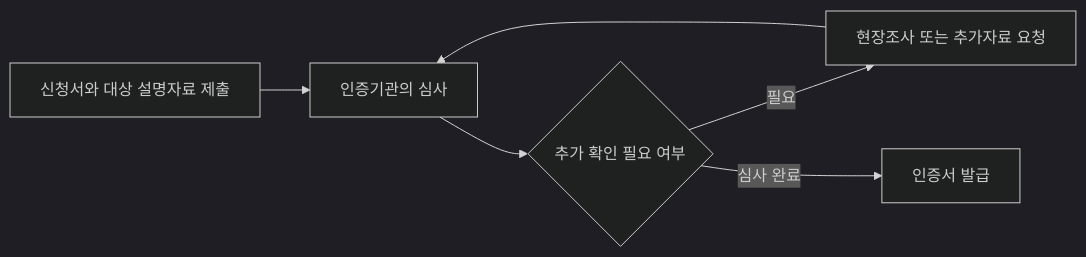
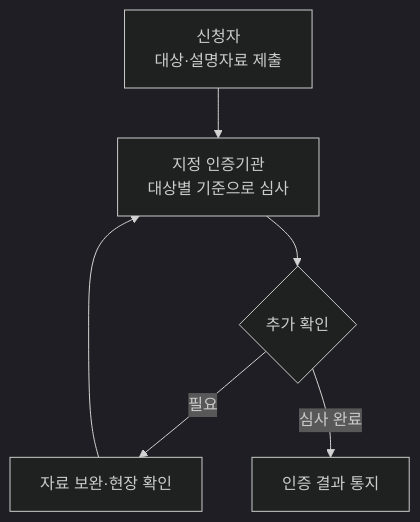
One commit to agnusdei1207/study changed the third of 4 diagrams in src/content/docs/notes/itpe/03-data/150_data_quality_certification_guideline.md. Above: the diagram before and after it, drawn with Mermaid (dark theme). The commit also changed other lines of this file, not shown here.

````diff
--- a/src/content/docs/notes/itpe/03-data/150_data_quality_certification_guideline.md
+++ b/src/content/docs/notes/itpe/03-data/150_data_quality_certification_guideline.md
@@ -147,8 +112,8 @@
 ```mermaid
-flowchart LR
-    A[신청서와 대상 설명자료 제출] --> B[인증기관의 심사]
-    B --> C{추가 확인 필요 여부}
-    C -->|필요| D[현장조사 또는 추가자료 요청]
+flowchart TB
+    A[신청자<br/>대상·설명자료 제출] --> B[지정 인증기관<br/>대상별 기준으로 심사]
+    B --> C{추가 확인}
+    C -->|필요| D[자료 보완·현장 확인]
     D --> B
-    C -->|심사 완료| E[인증서 발급]
+    C -->|심사 완료| E[인증 결과 통지]
 ```
````
